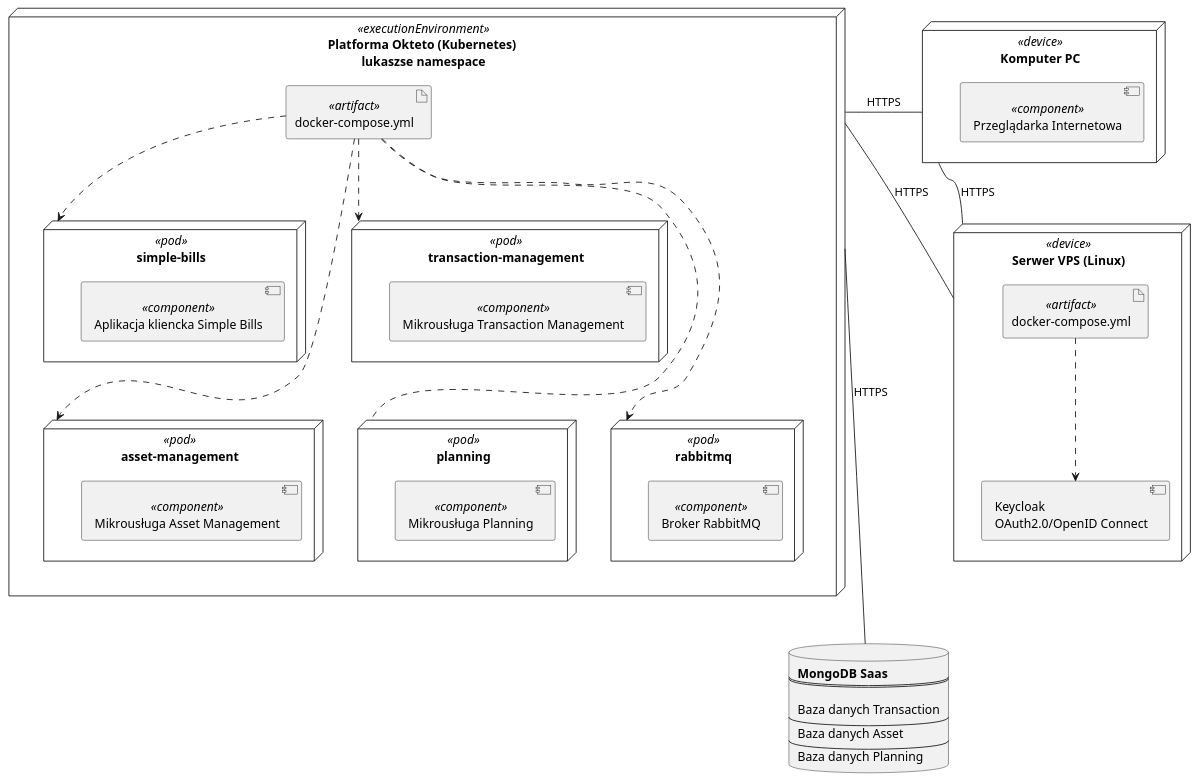
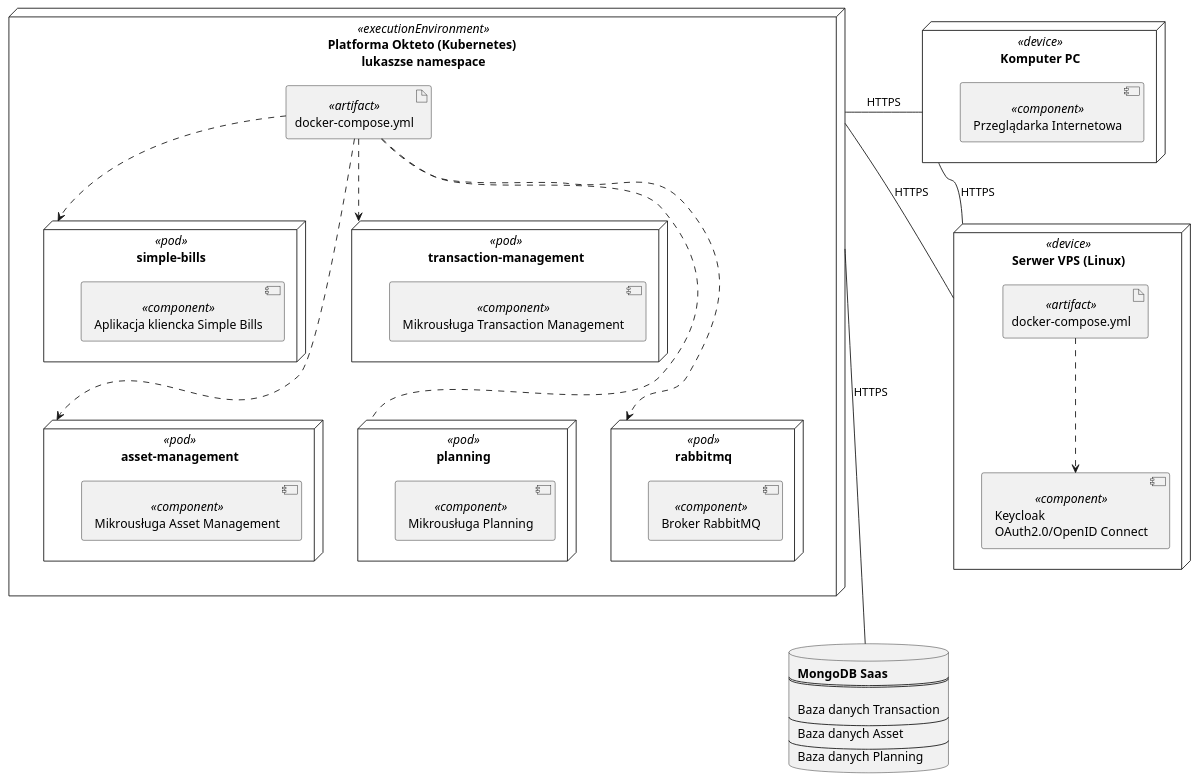
One commit to lukaszse/simple-bills changed the diagram in diagrams/deployment-diagram/simple-bills-deployment-diagram.puml. Above: the diagram before and after it, drawn with PlantUML. The commit also changed 14 other files, not shown here.

```diff
--- a/diagrams/deployment-diagram/simple-bills-deployment-diagram.puml
+++ b/diagrams/deployment-diagram/simple-bills-deployment-diagram.puml
@@ -1,63 +1,63 @@
 @startuml
 'https://plantuml.com/deployment-diagram
 
 
 node "Serwer VPS (Linux)" <<device>> as linux {
     artifact "docker-compose.yml" <<artifact>> as dcompKeycloak
-    component "Keycloak \nOAuth2.0/OpenID Connect" as keycloak
+    component "Keycloak \nOAuth2.0/OpenID Connect" <<component>> as keycloak
 }
 
 node "Komputer PC" <<device>> as pc {
     component "Przeglądarka Internetowa" <<component>>
 }
 
 node "Platforma Okteto (Kubernetes) \nlukaszse namespace" <<executionEnvironment>> as okteto {
 
     artifact "docker-compose.yml" <<artifact>> as dComp
 
     node "simple-bills" <<pod>> as gui {
     component "Aplikacja kliencka Simple Bills" <<component>>
     }
 
     node "asset-management" <<pod>> as asset {
     component "Mikrousługa Asset Management" <<component>>
     }
 
     node "transaction-management" <<pod>> as transaction {
     component "Mikrousługa Transaction Management" <<component>>
     }
 
     node "planning" <<pod>> as planning {
     component "Mikrousługa Planning" <<component>>
     }
 
     node "rabbitmq" <<pod>> as rabbit {
     component "Broker RabbitMQ" <<component>>
     }
 }
 
 
 database mongo [
 <b>MongoDB Saas
 ===
 
 Baza danych Transaction
 ----
 Baza danych Asset
 ----
 Baza danych Planning
 ]
 
 dComp ..> gui
 dComp ... planning
 dComp ...> asset
 dComp ..> transaction
 dComp ...> rabbit
 dcompKeycloak ..> keycloak
 pc -left- okteto : HTTPS
 linux -- okteto : HTTPS
 pc -- linux : HTTPS
 okteto ---- mongo : HTTPS
 
 
 @enduml
```
